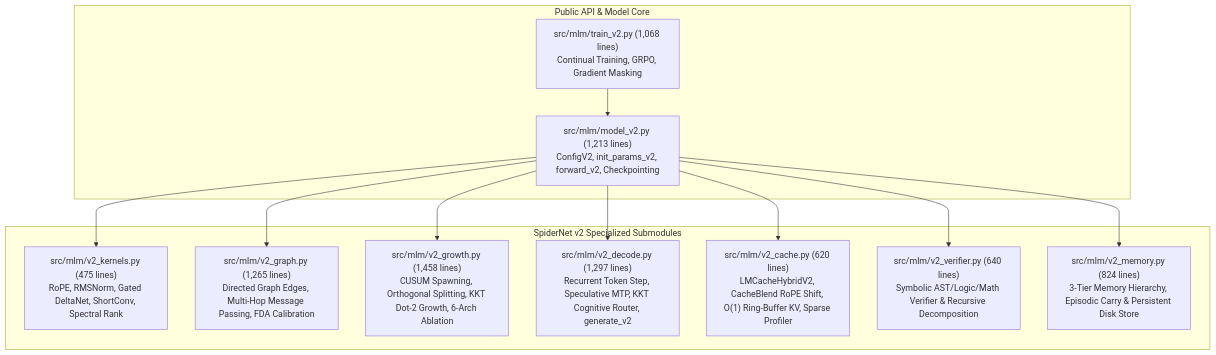
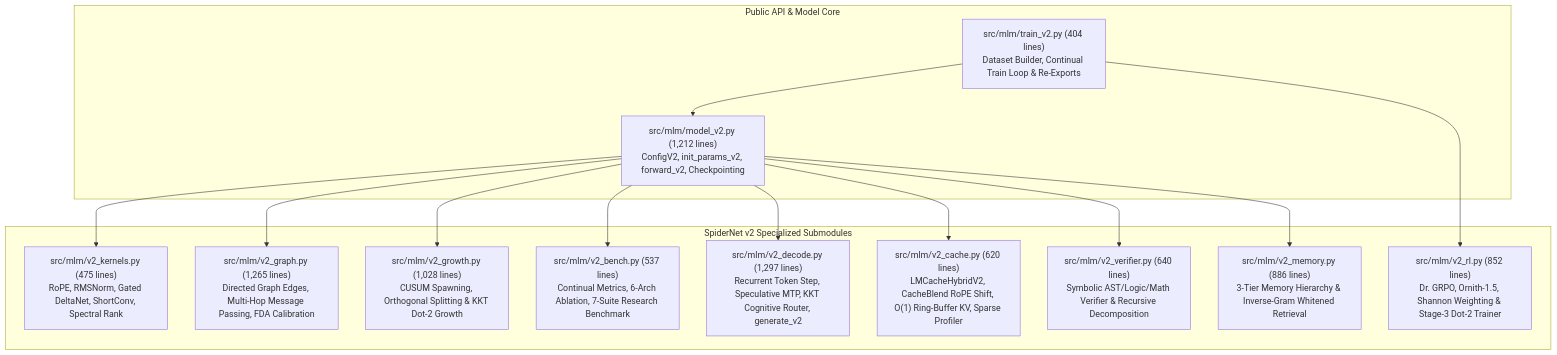
The diagram in docs/SPIDERNET_V2_PAPER_REPORT.md (aswin402/mlm), drawn with Mermaid before and after one commit. The commit also changed other lines of this file and 8 other files, not shown here.

Commit message:
Release v0.0.41: Extract v2_bench.py, add Suite 7 continual/whitened-memory/GGUF benchmark, and sync docs

````diff
--- a/docs/SPIDERNET_V2_PAPER_REPORT.md
+++ b/docs/SPIDERNET_V2_PAPER_REPORT.md
@@ -27,26 +30,30 @@
 ```mermaid
 flowchart TD
     subgraph Facade["Public API & Model Core"]
-        MV2["src/mlm/model_v2.py (1,213 lines)<br/>ConfigV2, init_params_v2, forward_v2, Checkpointing"]
-        TV2["src/mlm/train_v2.py (1,068 lines)<br/>Continual Training, GRPO, Gradient Masking"]
+        MV2["src/mlm/model_v2.py (1,212 lines)<br/>ConfigV2, init_params_v2, forward_v2, Checkpointing"]
+        TV2["src/mlm/train_v2.py (404 lines)<br/>Dataset Builder, Continual Train Loop & Re-Exports"]
     end
 
     subgraph Submodules["SpiderNet v2 Specialized Submodules"]
         VK["src/mlm/v2_kernels.py (475 lines)<br/>RoPE, RMSNorm, Gated DeltaNet, ShortConv, Spectral Rank"]
-        VG["src/mlm/v2_graph.py (1,265 lines)<br/>Directed Graph Edges, Multi-Hop Message Passing, FDA Calibration"]
-        VGR["src/mlm/v2_growth.py (1,458 lines)<br/>CUSUM Spawning, Orthogonal Splitting, KKT Dot-2 Growth, 6-Arch Ablation"]
-        VD["src/mlm/v2_decode.py (1,297 lines)<br/>Recurrent Token Step, Speculative MTP, KKT Cognitive Router, generate_v2"]
+        VB["src/mlm/v2_bench.py (537 lines)<br/>Continual Metrics, 6-Arch Ablation, 7-Suite Research Benchmark"]
         VC["src/mlm/v2_cache.py (620 lines)<br/>LMCacheHybridV2, CacheBlend RoPE Shift, O(1) Ring-Buffer KV, Sparse Profiler"]
         VV["src/mlm/v2_verifier.py (640 lines)<br/>Symbolic AST/Logic/Math Verifier & Recursive Decomposition"]
-        VM["src/mlm/v2_memory.py (824 lines)<br/>3-Tier Memory Hierarchy, Episodic Carry & Persistent Disk Store"]
+        VRL["src/mlm/v2_rl.py (852 lines)<br/>Dr. GRPO, Ornith-1.5, Shannon Weighting & Stage-3 Dot-2 Trainer"]
+        VM["src/mlm/v2_memory.py (886 lines)<br/>3-Tier Memory Hierarchy & Inverse-Gram Whitened Retrieval"]
+        VGR["src/mlm/v2_growth.py (1,028 lines)<br/>CUSUM Spawning, Orthogonal Splitting & KKT Dot-2 Growth"]
+        VG["src/mlm/v2_graph.py (1,265 lines)<br/>Directed Graph Edges, Multi-Hop Message Passing, FDA Calibration"]
+        VD["src/mlm/v2_decode.py (1,297 lines)<br/>Recurrent Token Step, Speculative MTP, KKT Cognitive Router, generate_v2"]
     end
 
     MV2 --> VK
     MV2 --> VG
     MV2 --> VGR
+    MV2 --> VB
     MV2 --> VD
     MV2 --> VC
     MV2 --> VV
     MV2 --> VM
     TV2 --> MV2
+    TV2 --> VRL
 ```
````
